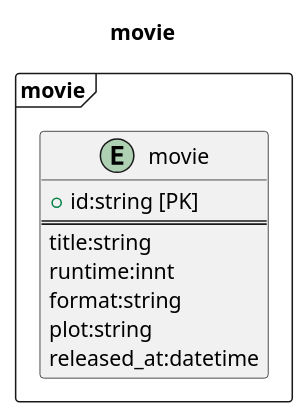
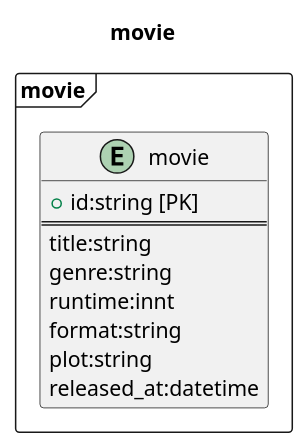
One commit to DaisukeHirata/express-typescript-openapi3 changed the diagram in movies-service/db-spec/dbspec.md. Above: the diagram before and after it, drawn with PlantUML. The commit also changed 19 other files, not shown here.

````diff
--- a/movies-service/db-spec/dbspec.md
+++ b/movies-service/db-spec/dbspec.md
@@ -5,19 +5,20 @@
 ```uml
 @startuml erd
 title movie
 left to right direction
 
 frame "movie" {
   entity "movie" {
       + id:string [PK]
       ==
       title:string
+      genre:string
       runtime:innt
       format:string
       plot:string
       released_at:datetime
   }
 }
 
 @enduml
 ```
````
